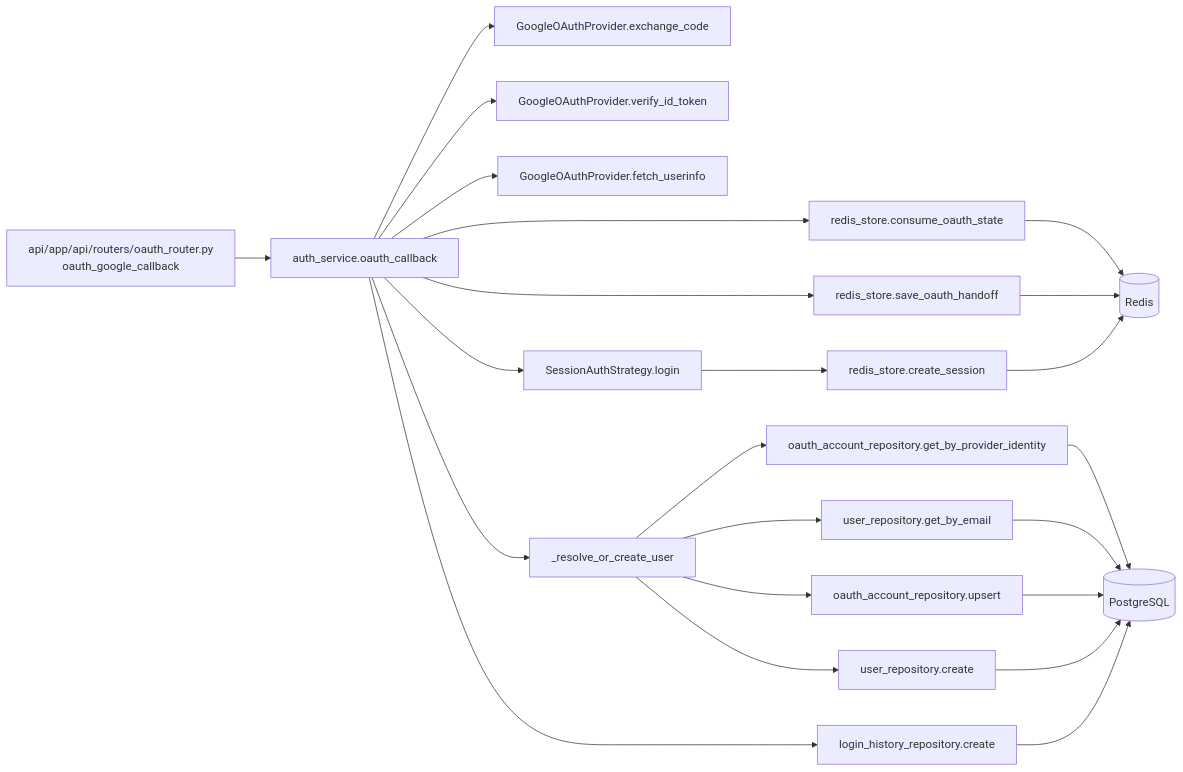
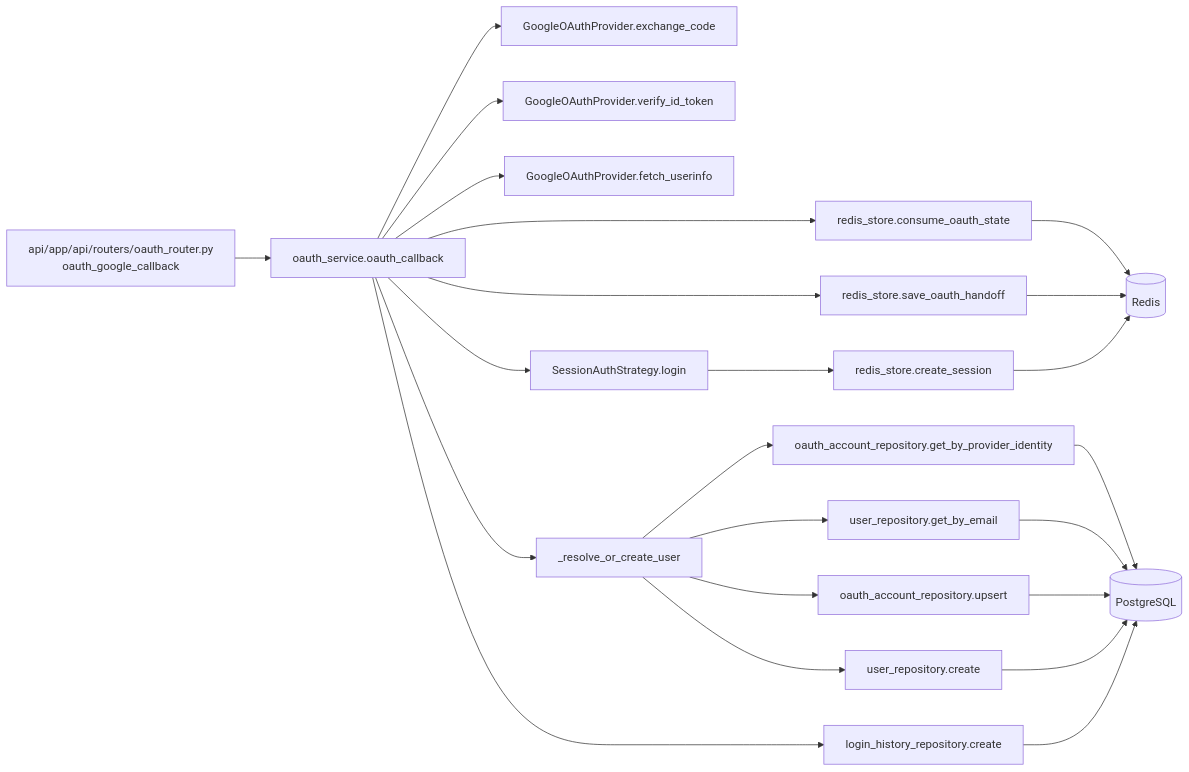
The third of 4 diagrams in docs/detailed_design/api/auth/12_get_auth_oauth_google_callback.md (oikawa-d/task_management), drawn with Mermaid before and after one commit. The commit also changed other lines of this file and 29 other files, not shown here.

````diff
--- a/docs/detailed_design/api/auth/12_get_auth_oauth_google_callback.md
+++ b/docs/detailed_design/api/auth/12_get_auth_oauth_google_callback.md
@@ -323,25 +323,25 @@
 ```mermaid
 flowchart LR
-    R["api/app/api/routers/oauth_router.py<br/>oauth_google_callback"] --> S["auth_service.oauth_callback"]
+    R["api/app/api/routers/oauth_router.py<br/>oauth_google_callback"] --> S["oauth_service.oauth_callback"]
     S --> RS1["redis_store.consume_oauth_state"]
     S --> OA1["GoogleOAuthProvider.exchange_code"]
     S --> OA2["GoogleOAuthProvider.verify_id_token"]
     S --> OA3["GoogleOAuthProvider.fetch_userinfo"]
     S --> RES["_resolve_or_create_user"]
     RES --> URP1["oauth_account_repository.get_by_provider_identity"]
     RES --> URP2["user_repository.get_by_email"]
     RES --> URP3["oauth_account_repository.upsert"]
     RES --> URP4["user_repository.create"]
     S --> SESS["SessionAuthStrategy.login"]
     S --> RS2["redis_store.save_oauth_handoff"]
     S --> LRP["login_history_repository.create"]
     RS1 --> RD[("Redis")]
     RS2 --> RD
     URP1 --> PG[("PostgreSQL")]
     URP2 --> PG
     URP3 --> PG
     URP4 --> PG
     LRP --> PG
     SESS --> RS3["redis_store.create_session"]
     RS3 --> RD
 ```
````
